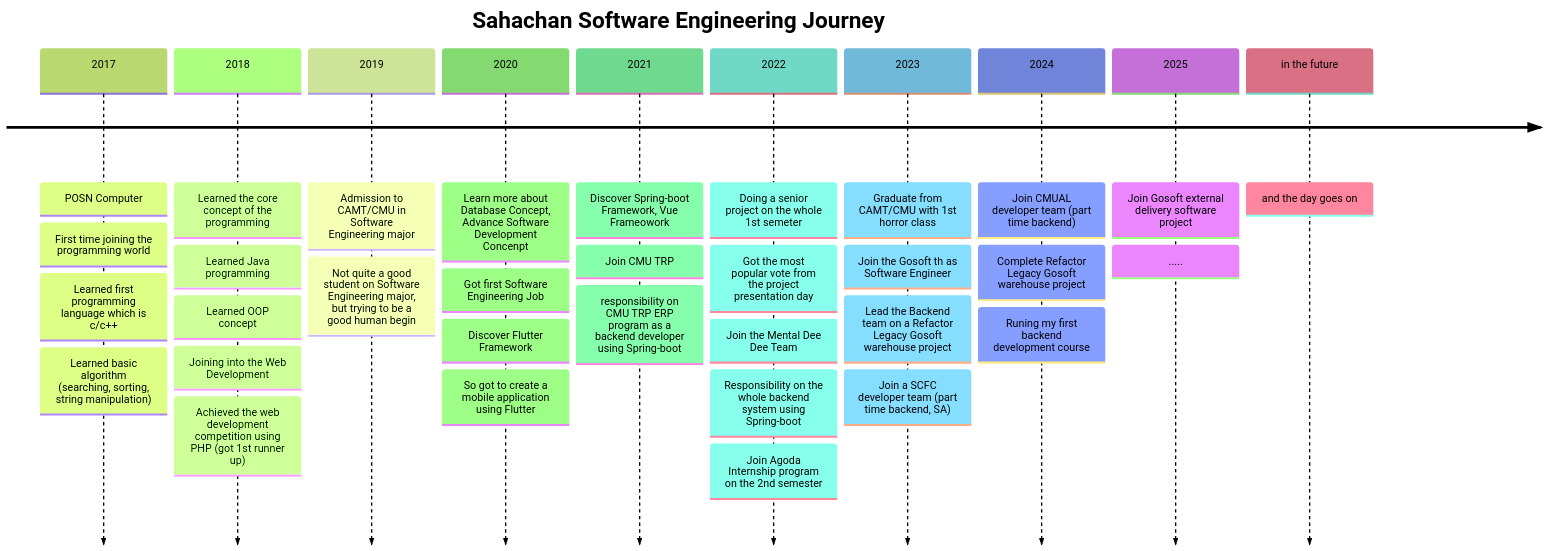
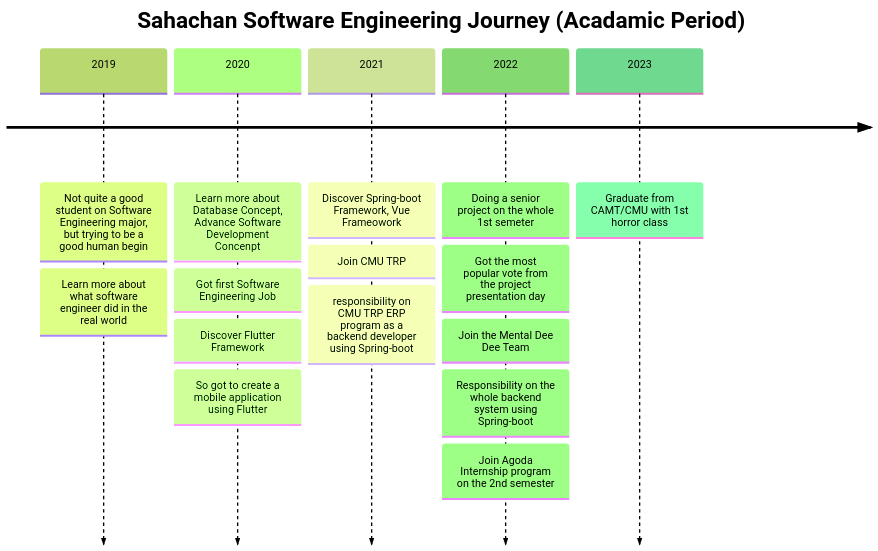
One commit to oat431/oat431 changed the second of 3 diagrams in README.md. Above: the diagram before and after it, drawn with Mermaid (forest theme).

Commit message:
Revise README timeline for software engineering journey
Updated the timeline sections to include pre-academic and academic periods, and added details about the software engineering career.

````diff
--- a/README.md
+++ b/README.md
@@ -63,37 +80,19 @@
 ```mermaid
 timeline
-    title Sahachan Software Engineering Journey
-    2017 : POSN Computer
-         : First time joining the programming world
-         : Learned first programming language which is c/c++
-         : Learned basic algorithm (searching, sorting, string manipulation)
-    2018 : Learned the core concept of the programming
-         : Learned Java programming
-         : Learned OOP concept
-         : Joining into the Web Development
-         : Achieved the web development competition using PHP (got 1st runner up)
-    2019 : Admission to CAMT/CMU in Software Engineering major
-         : Not quite a good student on Software Engineering major, but trying to be a good human begin
+    title Sahachan Software Engineering Journey (Acadamic Period)
+    2019 : Not quite a good student on Software Engineering major, but trying to be a good human begin
+         : Learn more about what software engineer did in the real world
     2020 : Learn more about Database Concept, Advance Software Development Concenpt
          : Got first Software Engineering Job
          : Discover Flutter Framework
          : So got to create a mobile application using Flutter
     2021 : Discover Spring-boot Framework, Vue Frameowork
          : Join CMU TRP
          : responsibility on CMU TRP ERP program as a backend developer using Spring-boot
     2022 : Doing a senior project on the whole 1st semeter
          : Got the most popular vote from the project presentation day
          : Join the Mental Dee Dee Team
          : Responsibility on the whole backend system using Spring-boot
          : Join Agoda Internship program on the 2nd semester
     2023 : Graduate from CAMT/CMU with 1st horror class
-         : Join the Gosoft th as Software Engineer
-         : Lead the Backend team on a Refactor Legacy Gosoft warehouse project
-         : Join a SCFC developer team (part time backend, SA)
-    2024 : Join CMUAL developer team (part time backend)
-         : Complete Refactor Legacy Gosoft warehouse project
-         : Runing my first backend development course
-    2025 : Join Gosoft external delivery software project
-         : .....
-    in the future : and the day goes on
 ```
````
